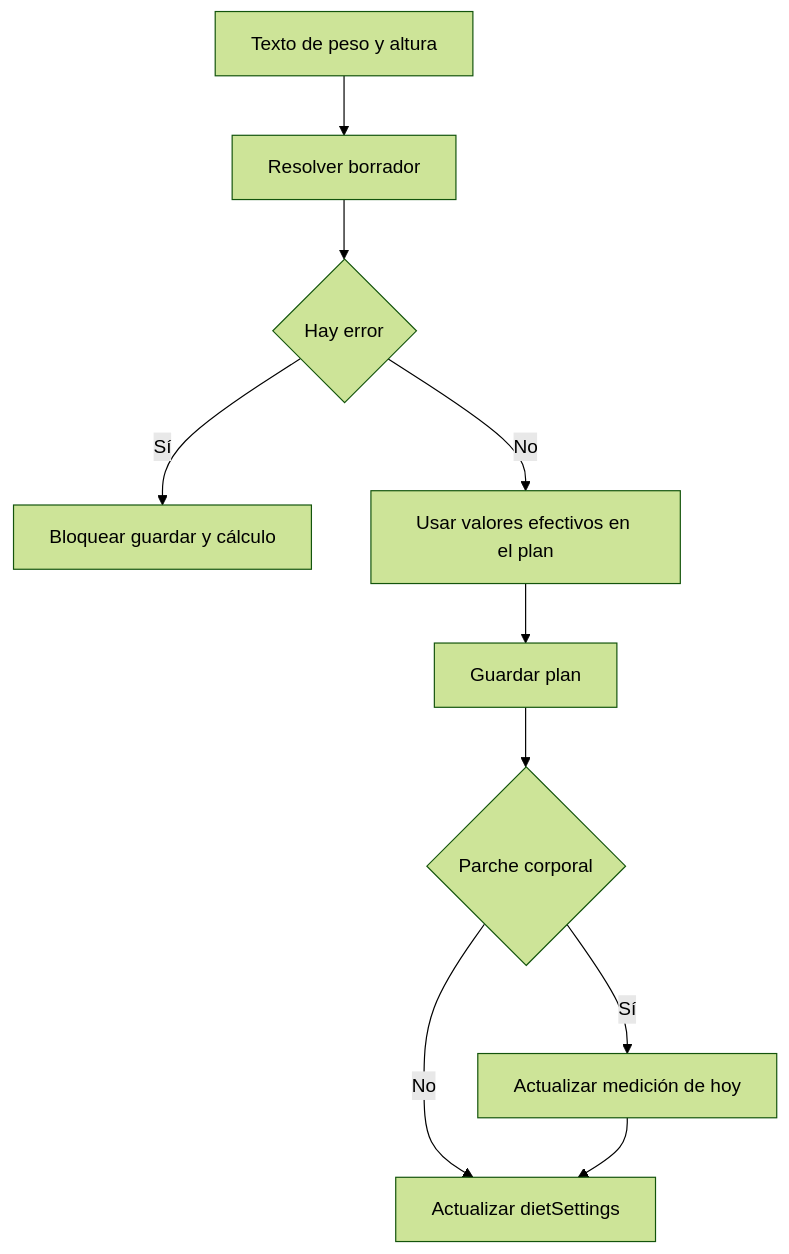
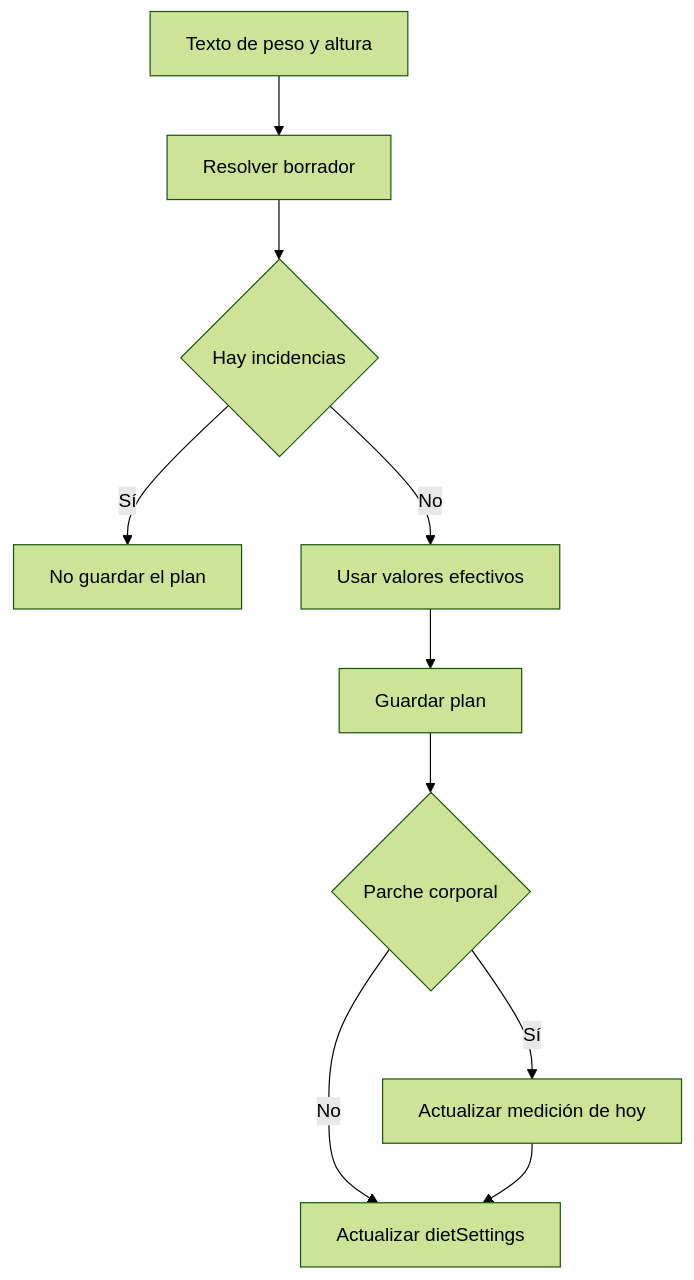
Before and after one commit to maximofn/gymnasia: the first of 2 diagrams in openwiki/mobile/measurements.md, drawn with Mermaid (forest theme). The commit also changed other lines of this file and 55 other files, not shown here.

````diff
--- a/openwiki/mobile/measurements.md
+++ b/openwiki/mobile/measurements.md
@@ -69,12 +69,12 @@
 ```mermaid
 flowchart TD
     Draft["Texto de peso y altura"] --> Resolve["Resolver borrador"]
-    Resolve --> Invalid{"Hay error"}
-    Invalid -->|"Sí"| Block["Bloquear guardar y cálculo"]
-    Invalid -->|"No"| Calculate["Usar valores efectivos en el plan"]
+    Resolve --> Invalid{"Hay incidencias"}
+    Invalid -->|"Sí"| Block["No guardar el plan"]
+    Invalid -->|"No"| Calculate["Usar valores efectivos"]
     Calculate --> Save["Guardar plan"]
     Save --> Changed{"Parche corporal"}
     Changed -->|"Sí"| Upsert["Actualizar medición de hoy"]
     Changed -->|"No"| Settings["Actualizar dietSettings"]
     Upsert --> Settings
 ```
````
